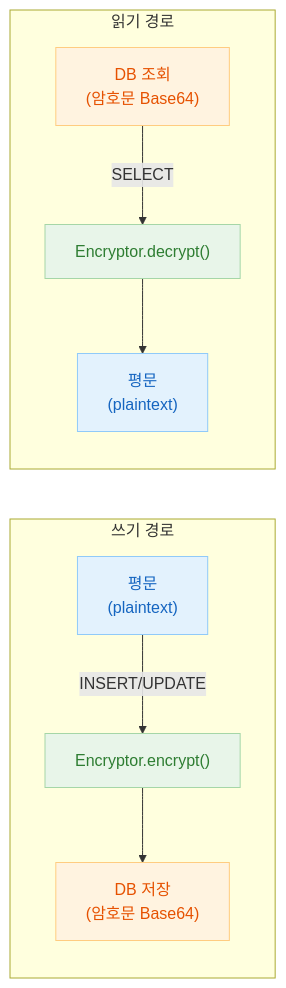
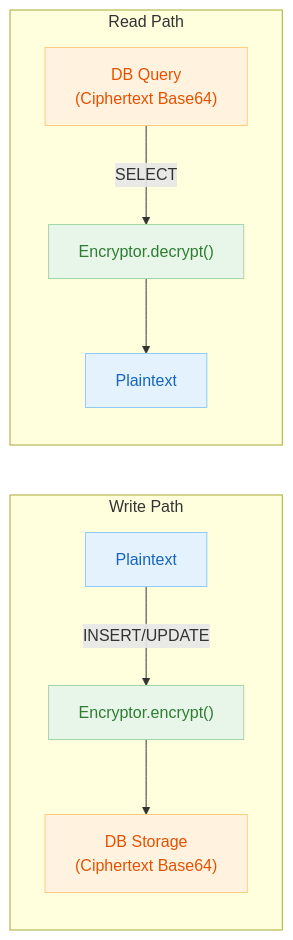
The first of 2 diagrams in 06-advanced/01-exposed-crypt/README.md (bluetape4k/exposed-workshop), drawn with Mermaid before and after one commit. The commit also changed other lines of this file and 115 other files, not shown here.

````diff
--- a/06-advanced/01-exposed-crypt/README.md
+++ b/06-advanced/01-exposed-crypt/README.md
@@ -23,25 +24,25 @@
 ```mermaid
 flowchart LR
-    subgraph Write["쓰기 경로"]
-        PW["평문\n(plaintext)"]
+    subgraph Write["Write Path"]
+        PW["Plaintext"]
         ENC["Encryptor.encrypt()"]
-        DB_W["DB 저장\n(암호문 Base64)"]
+        DB_W["DB Storage\n(Ciphertext Base64)"]
     end
 
-    subgraph Read["읽기 경로"]
-        DB_R["DB 조회\n(암호문 Base64)"]
+    subgraph Read["Read Path"]
+        DB_R["DB Query\n(Ciphertext Base64)"]
         DEC["Encryptor.decrypt()"]
-        PR["평문\n(plaintext)"]
+        PR["Plaintext"]
     end
 
     PW -->|INSERT/UPDATE| ENC --> DB_W
     DB_R -->|SELECT| DEC --> PR
 
     classDef blue fill:#E3F2FD,stroke:#90CAF9,color:#1565C0
     classDef green fill:#E8F5E9,stroke:#A5D6A7,color:#2E7D32
     classDef orange fill:#FFF3E0,stroke:#FFCC80,color:#E65100
 
     class PW,PR blue
     class ENC,DEC green
     class DB_W,DB_R orange
 ```
````
